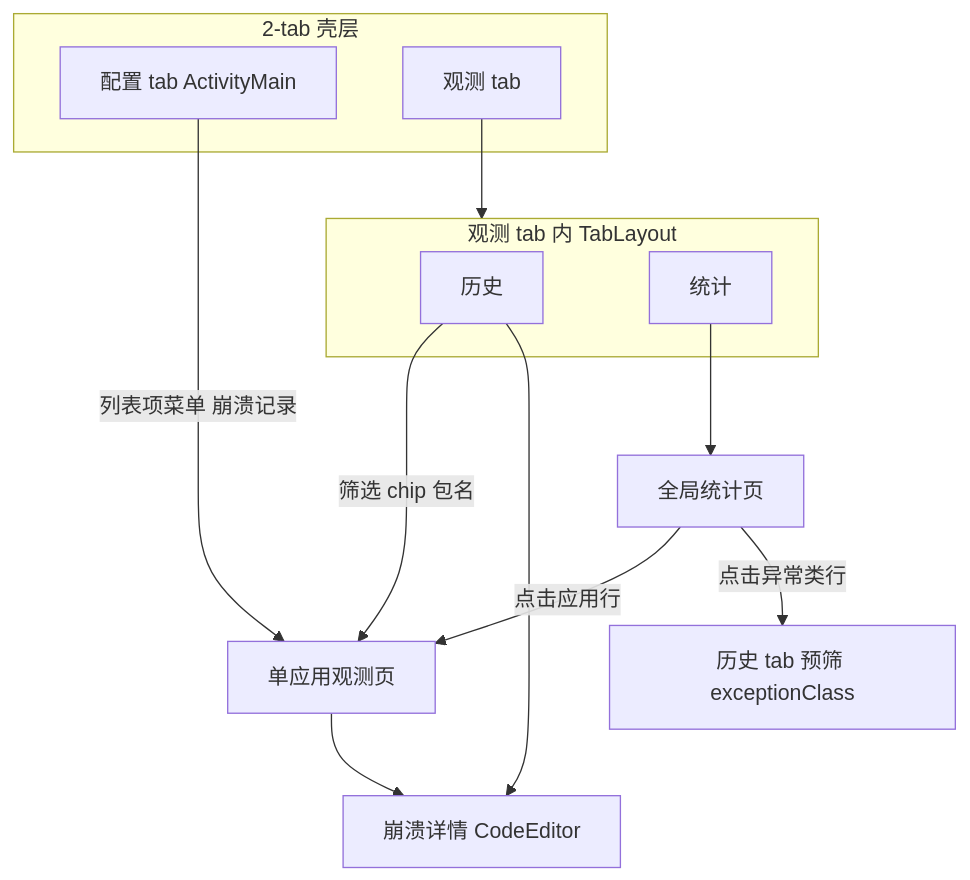
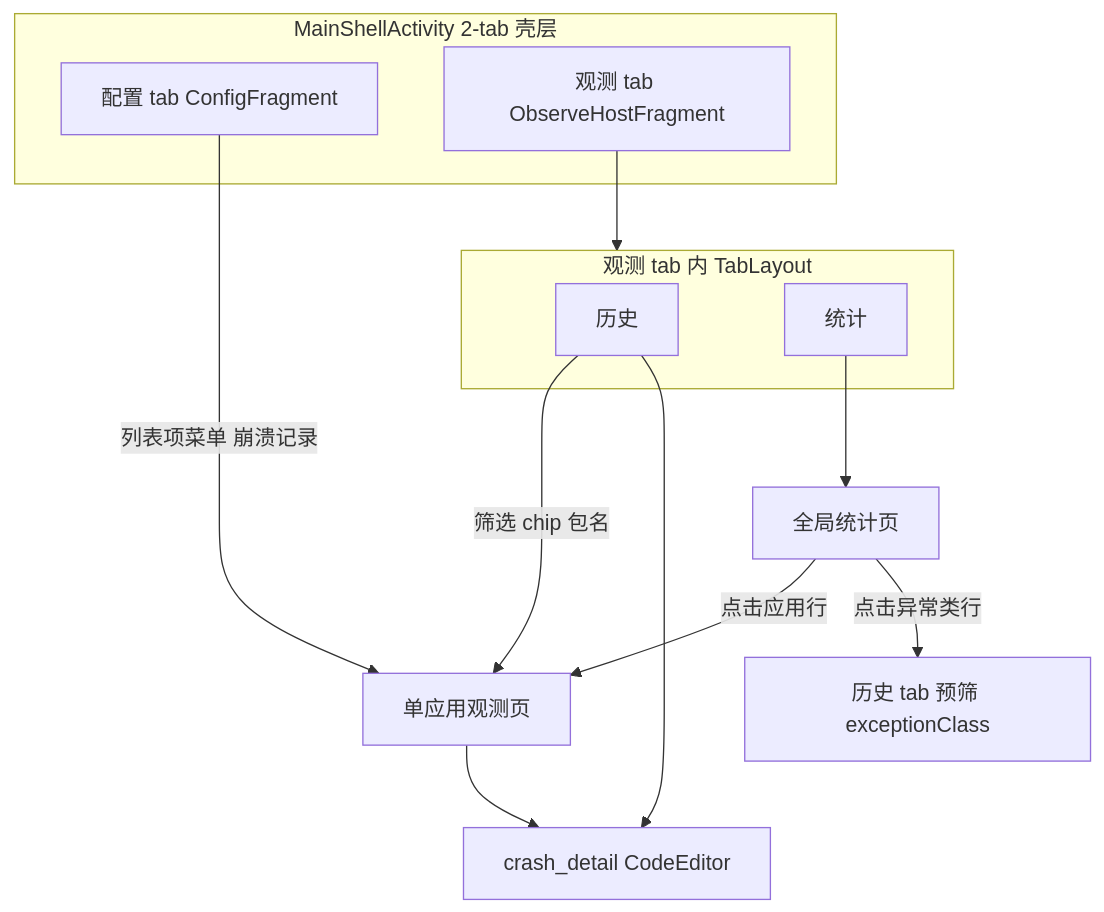
Before and after one commit to TIIEHenry/CrashCenter: the diagram in docs/architecture/crash-stats-ui.md, drawn with Mermaid. The commit also changed other lines of this file and 33 other files, not shown here.

First line of the commit message:
docs: Phase 3/4 UI shell, managed apps, crash observability architecture

````diff
--- a/docs/architecture/crash-stats-ui.md
+++ b/docs/architecture/crash-stats-ui.md
@@ -32,19 +45,19 @@
 ```mermaid
 flowchart TB
-    subgraph shell [2-tab 壳层]
-        Config[配置 tab ActivityMain]
-        Obs[观测 tab]
+    subgraph shell [MainShellActivity 2-tab 壳层]
+        Config[配置 tab ConfigFragment]
+        Obs[观测 tab ObserveHostFragment]
     end
     subgraph obs_inner [观测 tab 内 TabLayout]
         Hist[历史]
         Stats[统计]
     end
     Obs --> obs_inner
     Stats --> GlobalStats[全局统计页]
     GlobalStats -->|点击应用行| PerApp[单应用观测页]
     Config -->|列表项菜单 崩溃记录| PerApp
     Hist -->|筛选 chip 包名| PerApp
-    PerApp --> Detail[崩溃详情 CodeEditor]
+    PerApp --> Detail[crash_detail CodeEditor]
     Hist --> Detail
     GlobalStats -->|点击异常类行| HistFiltered[历史 tab 预筛 exceptionClass]
 ```
````
